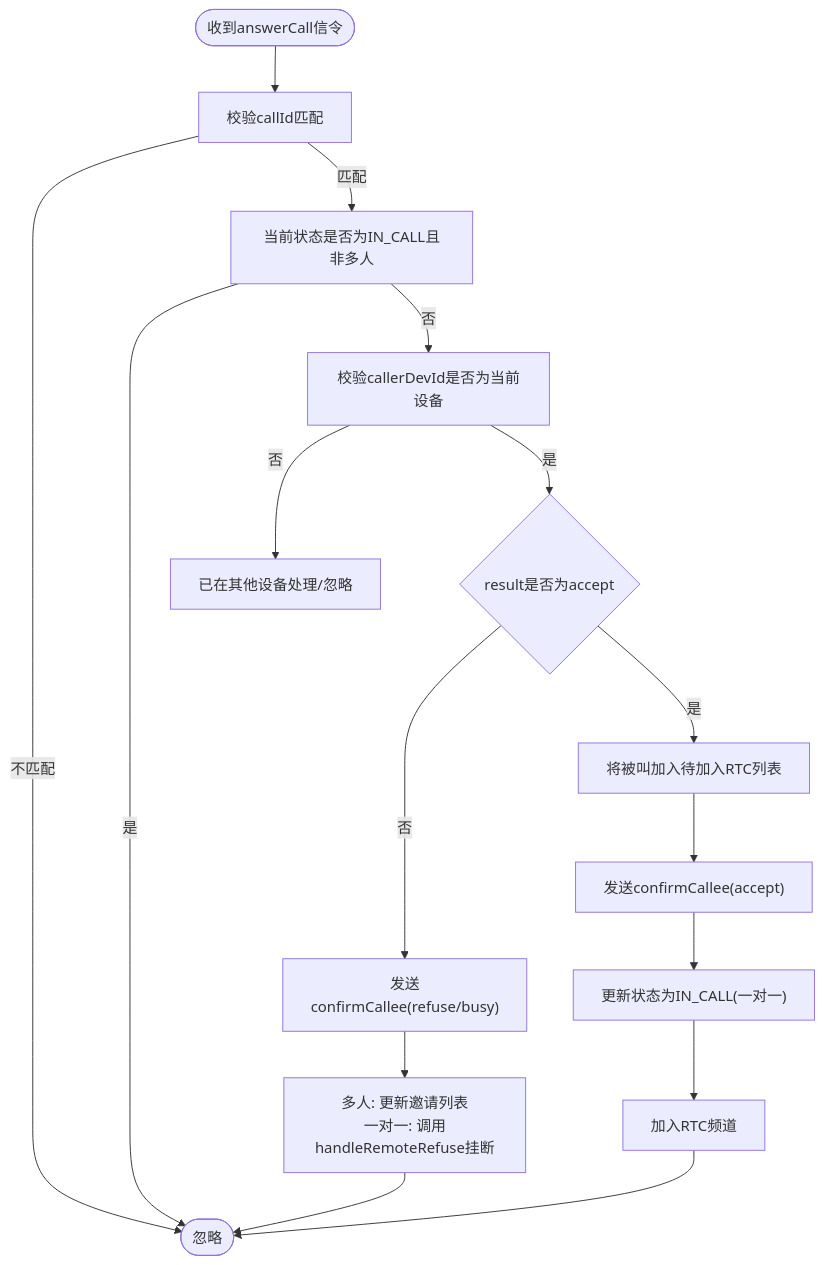
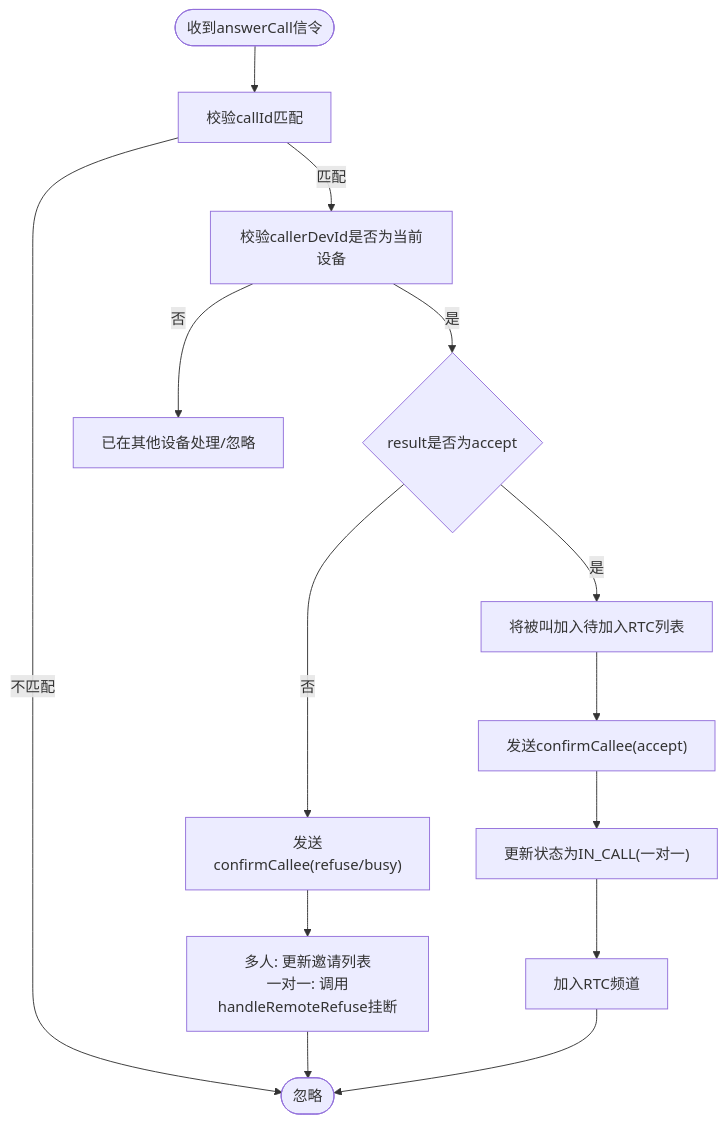
One commit to Easemob-Community/easemob-uikit-callkit-vue3 changed the third of 5 diagrams in .qoder/repowiki/zh/content/高级功能/信令实现机制/监听器管理.md. Above: the diagram before and after it, drawn with Mermaid. The commit also changed other lines of this file and 54 other files, not shown here.

````diff
--- a/.qoder/repowiki/zh/content/高级功能/信令实现机制/监听器管理.md
+++ b/.qoder/repowiki/zh/content/高级功能/信令实现机制/监听器管理.md
@@ -150,18 +179,16 @@
 ```mermaid
 flowchart TD
 Start(["收到answerCall信令"]) --> CheckCallId["校验callId匹配"]
 CheckCallId --> |不匹配| End(["忽略"])
-CheckCallId --> |匹配| CheckInCall["当前状态是否为IN_CALL且非多人"]
-CheckInCall --> |是| End
-CheckInCall --> |否| CheckCallerDev["校验callerDevId是否为当前设备"]
+CheckCallId --> |匹配| CheckCallerDev["校验callerDevId是否为当前设备"]
 CheckCallerDev --> |否| OtherDevice["已在其他设备处理/忽略"]
 CheckCallerDev --> |是| CheckResult{"result是否为accept"}
 CheckResult --> |否| SendConfirmCalleeRefuse["发送confirmCallee(refuse/busy)"]
 SendConfirmCalleeRefuse --> MultiOrOne["多人: 更新邀请列表<br/>一对一: 调用handleRemoteRefuse挂断"]
 MultiOrOne --> End
 CheckResult --> |是| AddPending["将被叫加入待加入RTC列表"]
 AddPending --> SendConfirmCalleeAccept["发送confirmCallee(accept)"]
 SendConfirmCalleeAccept --> UpdateStatus["更新状态为IN_CALL(一对一)"]
 UpdateStatus --> JoinChannel["加入RTC频道"]
 JoinChannel --> End
 ```
````
